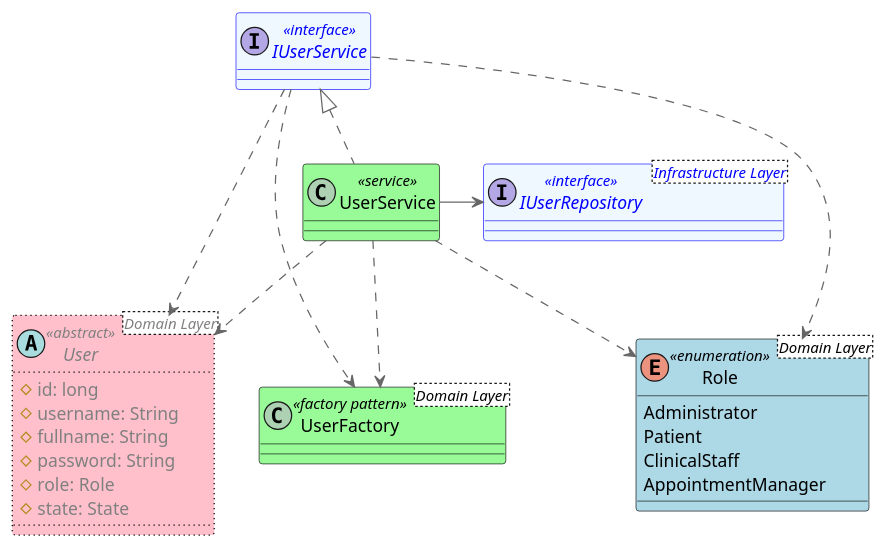
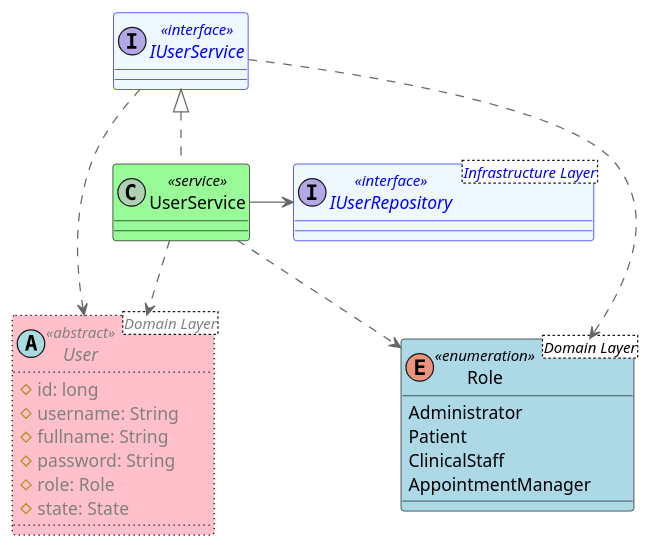
Before and after one commit to FernandoMulato/Piedrazul-Medical-Services-Network: the diagram in 1.Project-with_Monolithic_Architecture/mod_app_piedrazul_medical_services_network/Services/dClassServices.puml, drawn with PlantUML. The commit also changed 11 other files, not shown here.

```diff
--- a/1.Project-with_Monolithic_Architecture/mod_app_piedrazul_medical_services_network/Services/dClassServices.puml
+++ b/1.Project-with_Monolithic_Architecture/mod_app_piedrazul_medical_services_network/Services/dClassServices.puml
@@ -1,41 +1,36 @@
 @startuml ApplicationClasses
 
 !include https://raw.githubusercontent.com/plantuml-stdlib/C4-PlantUML/master/C4_Deployment.puml
 
 interface IUserService <<interface>> #aliceblue;line:blue;text:blue {}
 
 class UserService <<service>> #PaleGreen;line:Black;text:Black implements IUserService {}
 
 ' from domain layer
 abstract User<Domain Layer> <<abstract>> #Pink;line:Black;line.dotted;text:gray {
   # id: long 
   # username: String
   # fullname: String
   # password: String
   # role: Role
   # state: State
 }
 
-class UserFactory<Domain Layer> <<factory pattern>> #PaleGreen;line:Black;text:Black {
-}
-
 ' from infrastructure layer
 interface IUserRepository<Infrastructure Layer> <<interface>> #aliceblue;line:blue;text:blue {}
 
 ' from domain layer
 enum Role<Domain Layer> <<enumeration>> #LightBlue;line:Black;text:Black {
   Administrator
   Patient
   ClinicalStaff
   AppointmentManager
 }
 
 IUserService ..> User
 UserService ..> User
 UserService -> IUserRepository
 IUserService ..> Role
 UserService ..> Role
-UserService ..> UserFactory
-IUserService ..> UserFactory
 
 @enduml
```
